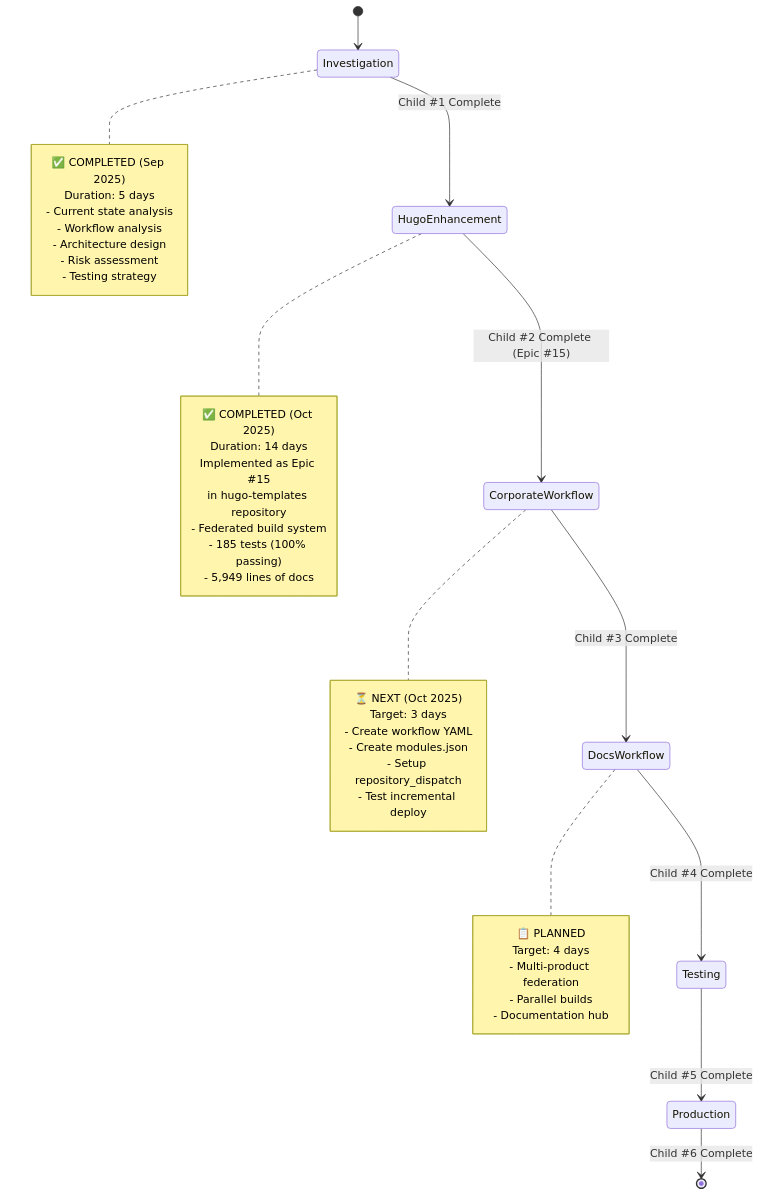
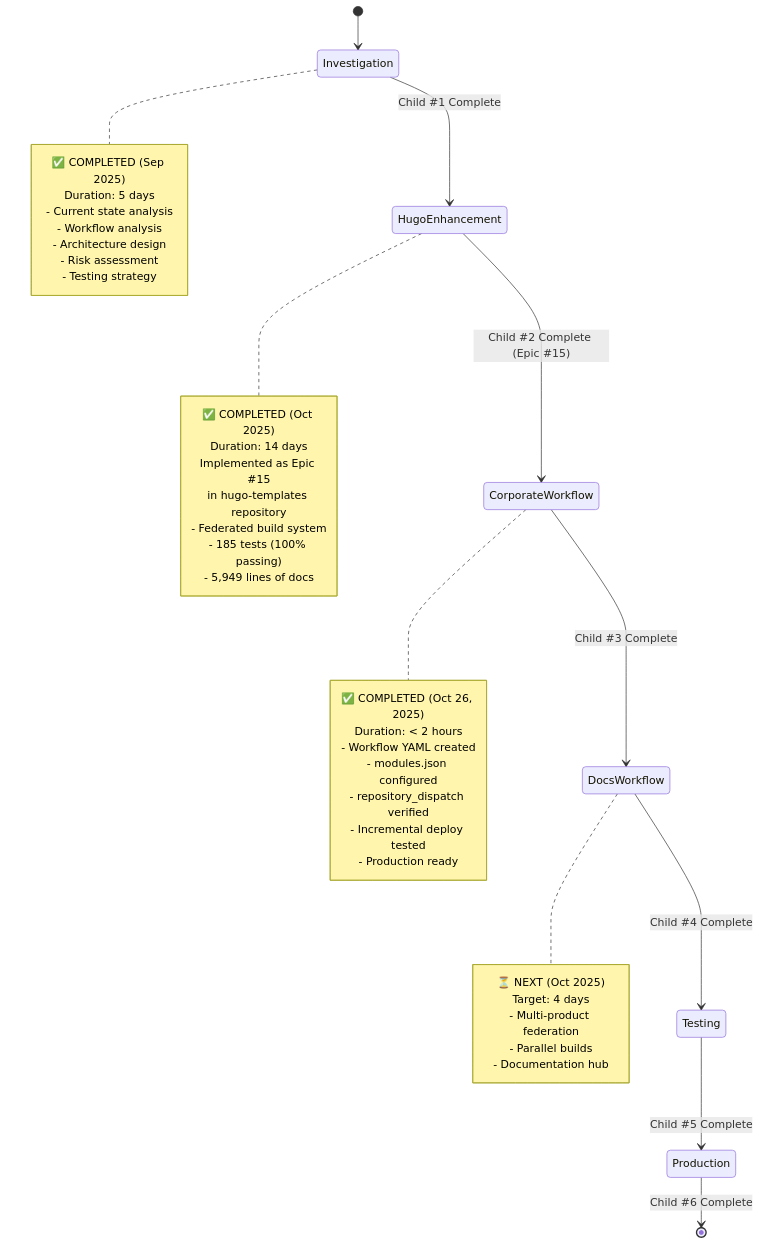
One commit to info-tech-io/info-tech-io.github.io changed the third of 3 diagrams in docs/proposals/epic-2-github-pages-federation/progress.md. Above: the diagram before and after it, drawn with Mermaid. The commit also changed other lines of this file, not shown here.

````diff
--- a/docs/proposals/epic-2-github-pages-federation/progress.md
+++ b/docs/proposals/epic-2-github-pages-federation/progress.md
@@ -83,47 +83,48 @@
 ```mermaid
 stateDiagram-v2
     [*] --> Investigation
     Investigation --> HugoEnhancement: Child #1 Complete
     HugoEnhancement --> CorporateWorkflow: Child #2 Complete (Epic #15)
     CorporateWorkflow --> DocsWorkflow: Child #3 Complete
     DocsWorkflow --> Testing: Child #4 Complete
     Testing --> Production: Child #5 Complete
     Production --> [*]: Child #6 Complete
 
     note right of Investigation
         ✅ COMPLETED (Sep 2025)
         Duration: 5 days
         - Current state analysis
         - Workflow analysis
         - Architecture design
         - Risk assessment
         - Testing strategy
     end note
 
     note right of HugoEnhancement
         ✅ COMPLETED (Oct 2025)
         Duration: 14 days
         Implemented as Epic #15
         in hugo-templates repository
         - Federated build system
         - 185 tests (100% passing)
         - 5,949 lines of docs
     end note
 
     note right of CorporateWorkflow
-        ⏳ NEXT (Oct 2025)
-        Target: 3 days
-        - Create workflow YAML
-        - Create modules.json
-        - Setup repository_dispatch
-        - Test incremental deploy
+        ✅ COMPLETED (Oct 26, 2025)
+        Duration: < 2 hours
+        - Workflow YAML created
+        - modules.json configured
+        - repository_dispatch verified
+        - Incremental deploy tested
+        - Production ready
     end note
 
     note right of DocsWorkflow
-        📋 PLANNED
+        ⏳ NEXT (Oct 2025)
         Target: 4 days
         - Multi-product federation
         - Parallel builds
         - Documentation hub
     end note
 ```
````
